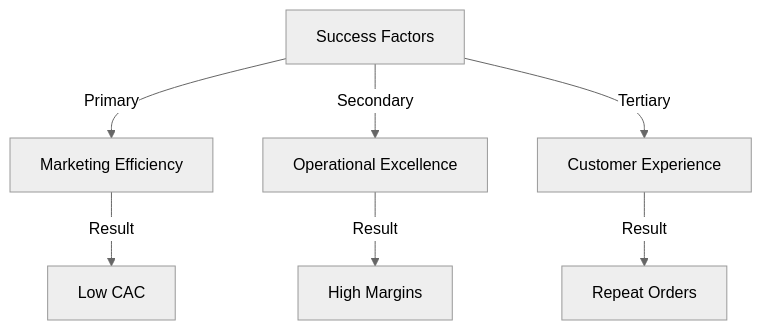
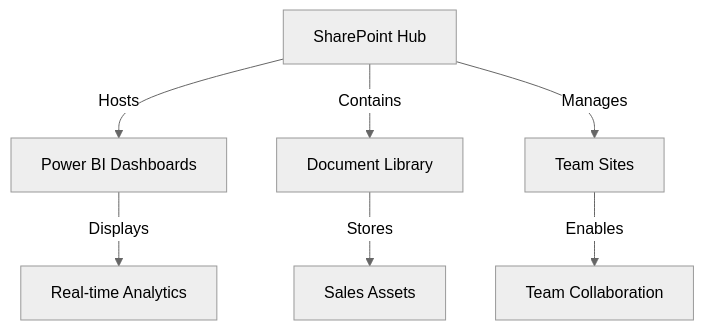
One commit to pavankakarrot/my-portfolio-website changed the fourth of 7 diagrams in content/projects/powerbi/Index.md. Above: the diagram before and after it, drawn with Mermaid (neutral theme). The commit also changed other lines of this file and 19 other files, not shown here.

````diff
--- a/content/projects/powerbi/Index.md
+++ b/content/projects/powerbi/Index.md
@@ -393,9 +350,9 @@
 ```mermaid
 graph TD
-    A[Success Factors] -->|Primary| B[Marketing Efficiency]
-    A -->|Secondary| C[Operational Excellence]
-    A -->|Tertiary| D[Customer Experience]
-    B -->|Result| E[Low CAC]
-    C -->|Result| F[High Margins]
-    D -->|Result| G[Repeat Orders]
+    A[SharePoint Hub] -->|Hosts| B[Power BI Dashboards]
+    A -->|Contains| C[Document Library]
+    A -->|Manages| D[Team Sites]
+    B -->|Displays| E[Real-time Analytics]
+    C -->|Stores| F[Sales Assets]
+    D -->|Enables| G[Team Collaboration]
 ```
````
